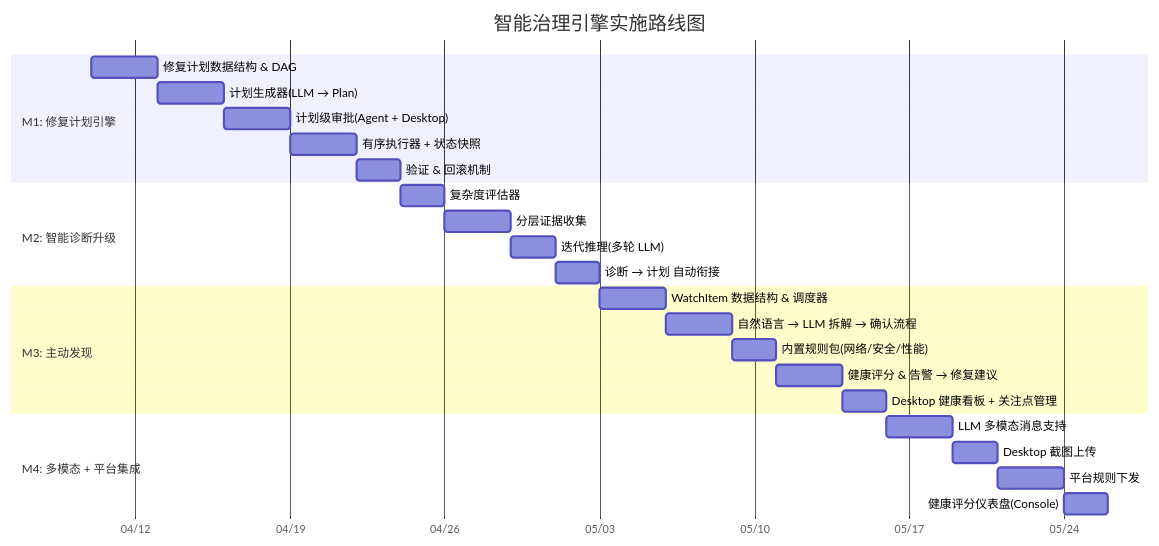
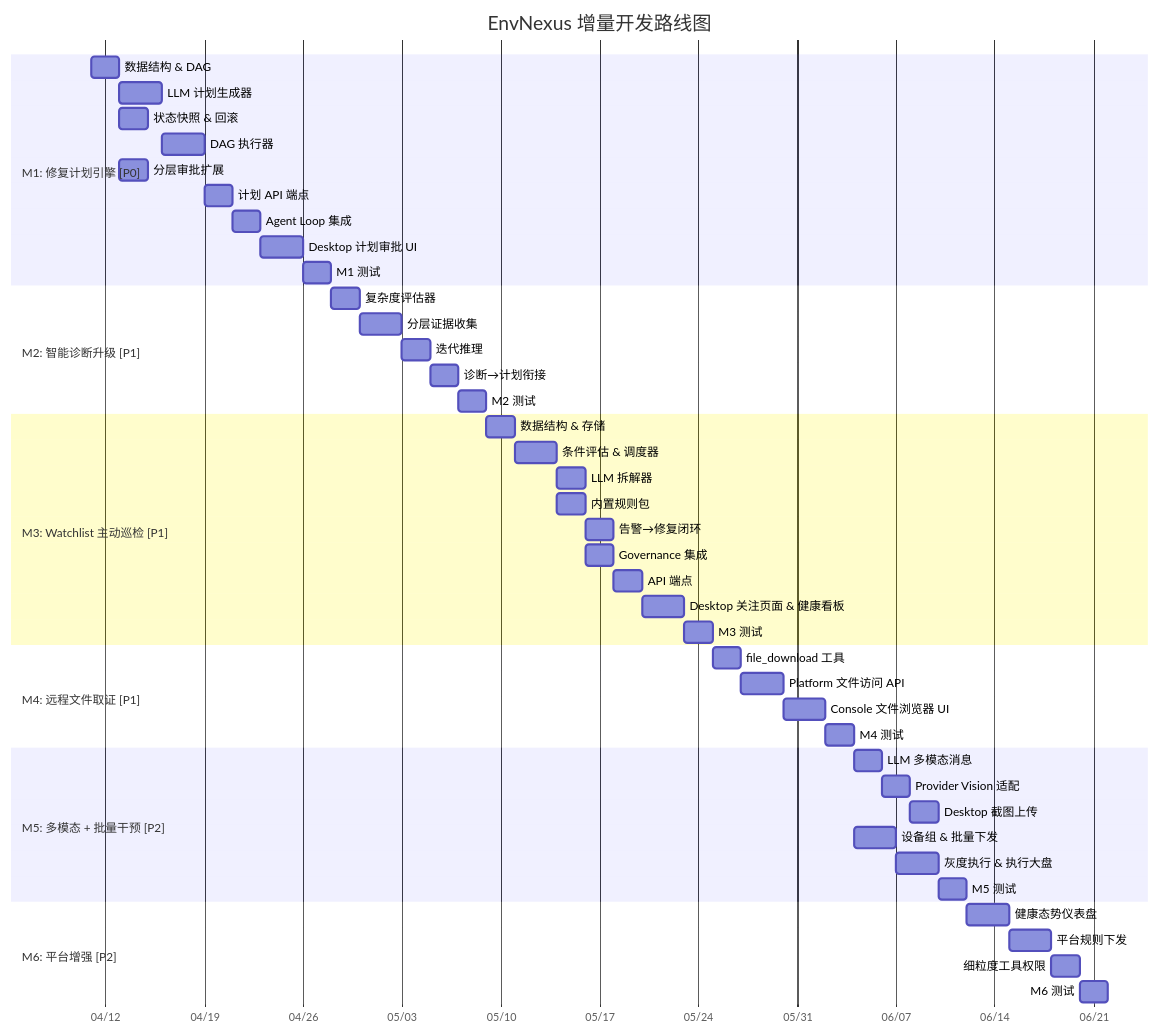
One commit to zy-eagle/envnexus changed the third of 3 diagrams in docs/omnidev-state/main/01-blueprint.md. Above: the diagram before and after it, drawn with Mermaid. The commit also changed other lines of this file and 8 other files, not shown here.

````diff
--- a/docs/omnidev-state/main/01-blueprint.md
+++ b/docs/omnidev-state/main/01-blueprint.md
@@ -480,32 +264,55 @@
 ```mermaid
 gantt
-    title 智能治理引擎实施路线图
+    title EnvNexus 增量开发路线图
     dateFormat  YYYY-MM-DD
     axisFormat  %m/%d
 
-    section M1: 修复计划引擎
-    修复计划数据结构 & DAG          :m1a, 2026-04-10, 3d
-    计划生成器(LLM → Plan)         :m1b, after m1a, 3d
-    计划级审批(Agent + Desktop)     :m1c, after m1b, 3d
-    有序执行器 + 状态快照           :m1d, after m1c, 3d
-    验证 & 回滚机制                :m1e, after m1d, 2d
+    section M1: 修复计划引擎 [P0]
+    数据结构 & DAG              :m1a, 2026-04-11, 2d
+    LLM 计划生成器              :m1b, after m1a, 3d
+    状态快照 & 回滚             :m1c, after m1a, 2d
+    DAG 执行器                  :m1d, after m1b, 3d
+    分层审批扩展                :m1e, after m1a, 2d
+    计划 API 端点               :m1f, after m1d, 2d
+    Agent Loop 集成             :m1g, after m1f, 2d
+    Desktop 计划审批 UI         :m1h, after m1g, 3d
+    M1 测试                     :m1t, after m1h, 2d
 
-    section M2: 智能诊断升级
-    复杂度评估器                    :m2a, after m1e, 2d
-    分层证据收集                    :m2b, after m2a, 3d
-    迭代推理(多轮 LLM)             :m2c, after m2b, 2d
-    诊断 → 计划 自动衔接            :m2d, after m2c, 2d
+    section M2: 智能诊断升级 [P1]
+    复杂度评估器                :m2a, after m1t, 2d
+    分层证据收集                :m2b, after m2a, 3d
+    迭代推理                    :m2c, after m2b, 2d
+    诊断→计划衔接               :m2d, after m2c, 2d
+    M2 测试                     :m2t, after m2d, 2d
 
-    section M3: 主动发现
-    WatchItem 数据结构 & 调度器      :m3a, after m2d, 3d
-    自然语言 → LLM 拆解 → 确认流程   :m3b, after m3a, 3d
-    内置规则包(网络/安全/性能)       :m3c, after m3b, 2d
-    健康评分 & 告警 → 修复建议       :m3d, after m3c, 3d
-    Desktop 健康看板 + 关注点管理     :m3e, after m3d, 2d
+    section M3: Watchlist 主动巡检 [P1]
+    数据结构 & 存储              :m3a, after m2t, 2d
+    条件评估 & 调度器            :m3b, after m3a, 3d
+    LLM 拆解器                  :m3c, after m3b, 2d
+    内置规则包                   :m3d, after m3b, 2d
+    告警→修复闭环               :m3e, after m3c, 2d
+    Governance 集成             :m3f, after m3d, 2d
+    API 端点                    :m3g, after m3f, 2d
+    Desktop 关注页面 & 健康看板  :m3h, after m3g, 3d
+    M3 测试                     :m3t, after m3h, 2d
 
-    section M4: 多模态 + 平台集成
-    LLM 多模态消息支持              :m4a, after m3e, 3d
-    Desktop 截图上传                :m4b, after m4a, 2d
-    平台规则下发                    :m4c, after m4b, 3d
-    健康评分仪表盘(Console)         :m4d, after m4c, 2d
+    section M4: 远程文件取证 [P1]
+    file_download 工具           :m4a, after m3t, 2d
+    Platform 文件访问 API        :m4b, after m4a, 3d
+    Console 文件浏览器 UI        :m4c, after m4b, 3d
+    M4 测试                     :m4t, after m4c, 2d
+
+    section M5: 多模态 + 批量干预 [P2]
+    LLM 多模态消息               :m5a, after m4t, 2d
+    Provider Vision 适配         :m5b, after m5a, 2d
+    Desktop 截图上传             :m5c, after m5b, 2d
+    设备组 & 批量下发            :m5d, after m4t, 3d
+    灰度执行 & 执行大盘          :m5e, after m5d, 3d
+    M5 测试                     :m5t, after m5e, 2d
+
+    section M6: 平台增强 [P2]
+    健康态势仪表盘               :m6a, after m5t, 3d
+    平台规则下发                 :m6b, after m6a, 3d
+    细粒度工具权限               :m6c, after m6b, 2d
+    M6 测试                     :m6t, after m6c, 2d
 ```
````
